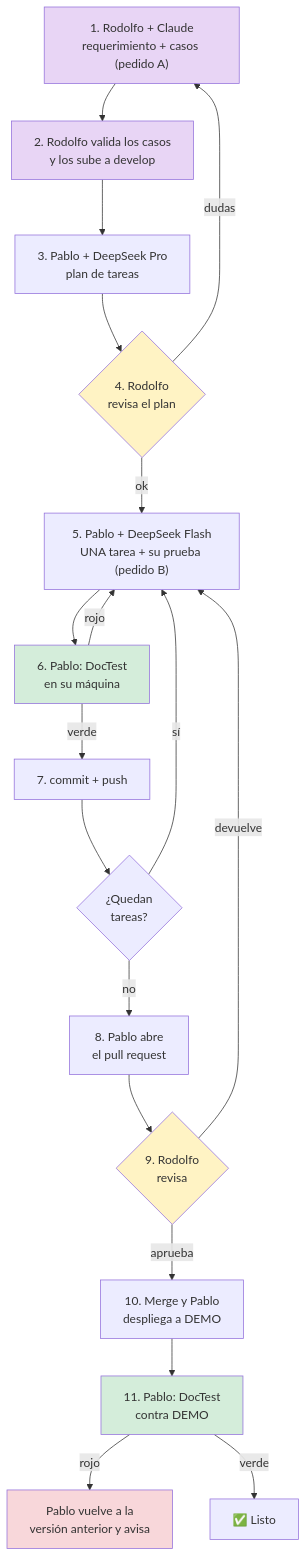
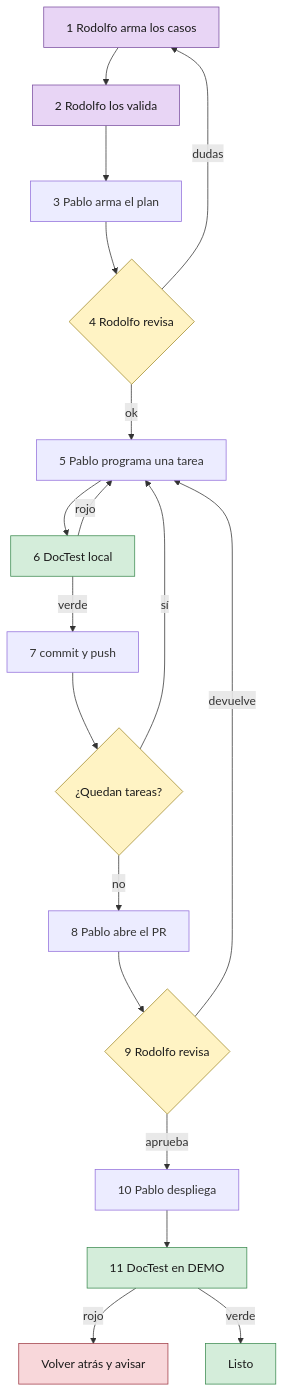
One commit to Trazalog/traz-tools changed the first of 3 diagrams in doc/metodologia/GUIA_REQUERIMIENTOS_CLAUDE_DEEPSEEK.md. Above: the diagram before and after it, drawn with Mermaid. The commit also changed other lines of this file, not shown here.

Commit message:
docs(metodologia): diagramas de la guia legibles en tema oscuro y sin cortes de texto [DOCTEST-MODOS]
Claude-Session: https://claude.ai/code/session_01RLAqwYszYAwEud9d5Ck9T1

````diff
--- a/doc/metodologia/GUIA_REQUERIMIENTOS_CLAUDE_DEEPSEEK.md
+++ b/doc/metodologia/GUIA_REQUERIMIENTOS_CLAUDE_DEEPSEEK.md
@@ -46,27 +46,28 @@
 ```mermaid
 flowchart TD
-  A["1. Rodolfo + Claude<br/>requerimiento + casos (pedido A)"] --> B["2. Rodolfo valida los casos<br/>y los sube a develop"]
-  B --> C["3. Pablo + DeepSeek Pro<br/>plan de tareas"]
-  C --> D{"4. Rodolfo<br/>revisa el plan"}
+  A["1 Rodolfo arma los casos"] --> B["2 Rodolfo los valida"]
+  B --> C["3 Pablo arma el plan"]
+  C --> D{"4 Rodolfo revisa"}
   D -->|dudas| A
-  D -->|ok| F["5. Pablo + DeepSeek Flash<br/>UNA tarea + su prueba (pedido B)"]
-  F --> G["6. Pablo: DocTest<br/>en su máquina"]
+  D -->|ok| F["5 Pablo programa una tarea"]
+  F --> G["6 DocTest local"]
   G -->|rojo| F
-  G -->|verde| H["7. commit + push"]
-  H --> I{"¿Quedan<br/>tareas?"}
+  G -->|verde| H["7 commit y push"]
+  H --> I{"¿Quedan tareas?"}
   I -->|sí| F
-  I -->|no| J["8. Pablo abre<br/>el pull request"]
-  J --> K{"9. Rodolfo<br/>revisa"}
+  I -->|no| J["8 Pablo abre el PR"]
+  J --> K{"9 Rodolfo revisa"}
   K -->|devuelve| F
-  K -->|aprueba| L["10. Merge y Pablo<br/>despliega a DEMO"]
-  L --> M["11. Pablo: DocTest<br/>contra DEMO"]
-  M -->|rojo| N["Pablo vuelve a la<br/>versión anterior y avisa"]
-  M -->|verde| O["✅ Listo"]
-  style A fill:#e8d5f5
-  style B fill:#e8d5f5
-  style D fill:#fff3c4
-  style K fill:#fff3c4
-  style G fill:#d4edda
-  style M fill:#d4edda
-  style N fill:#f8d7da
+  K -->|aprueba| L["10 Pablo despliega"]
+  L --> M["11 DocTest en DEMO"]
+  M -->|rojo| N["Volver atrás y avisar"]
+  M -->|verde| O["Listo"]
+  classDef rodolfo fill:#e8d5f5,stroke:#7b4fa0,color:#1a1a1a
+  classDef decision fill:#fff3c4,stroke:#a08a2a,color:#1a1a1a
+  classDef prueba fill:#d4edda,stroke:#3c8a50,color:#1a1a1a
+  classDef error fill:#f8d7da,stroke:#a03c46,color:#1a1a1a
+  class A,B rodolfo
+  class D,K,I decision
+  class G,M,O prueba
+  class N error
 ```
````
